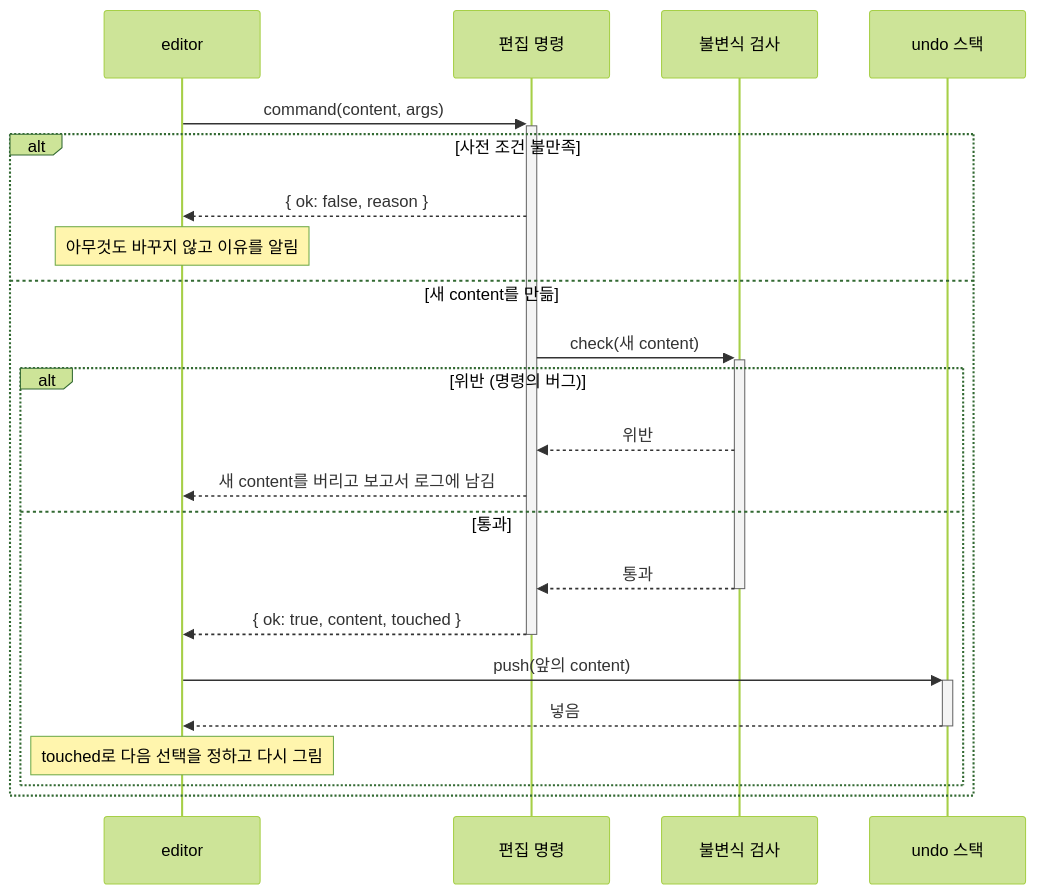
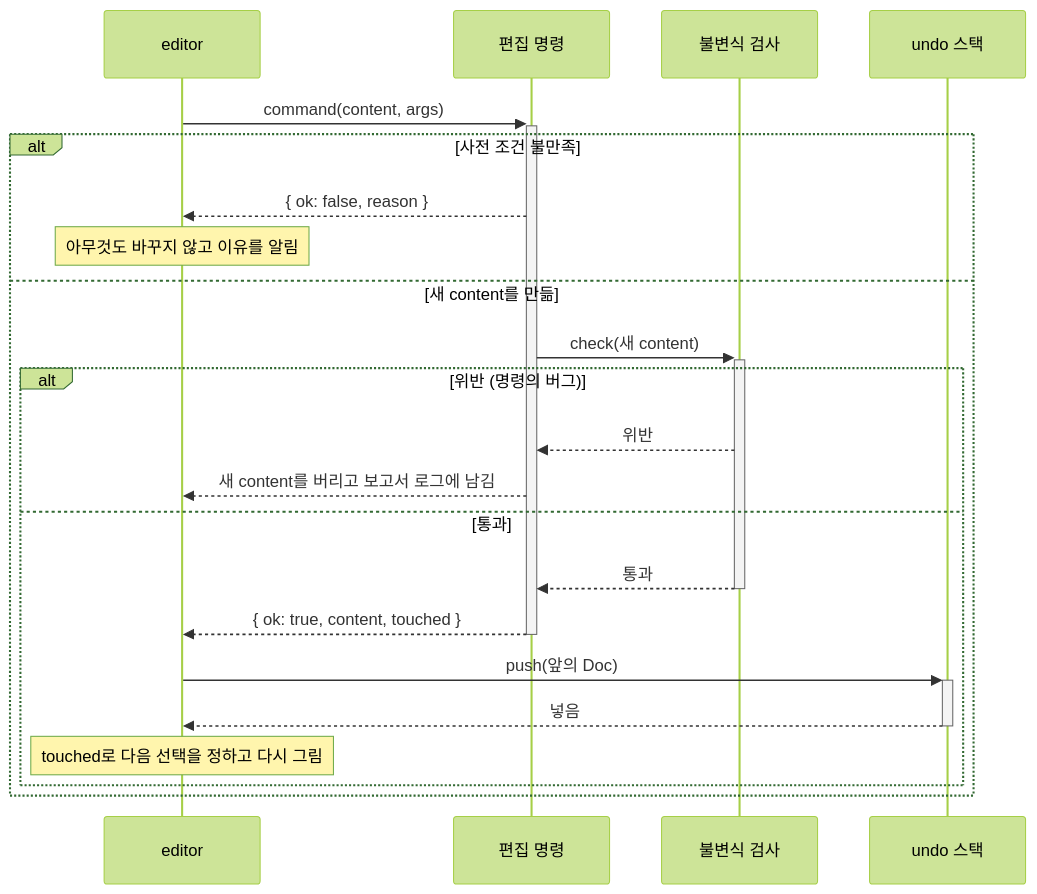
Before and after one commit to reddiana/AriadneNSD: the second of 2 diagrams in docs/04-design/01-model.md, drawn with Mermaid (forest theme). The commit also changed other lines of this file and 23 other files, not shown here.

````diff
--- a/docs/04-design/01-model.md
+++ b/docs/04-design/01-model.md
@@ -244,24 +244,24 @@
 ```mermaid
 sequenceDiagram
     participant E as editor
     participant C as 편집 명령
     participant V as 불변식 검사
     participant H as undo 스택
     E->>+C: command(content, args)
     alt 사전 조건 불만족
         C-->>E: { ok: false, reason }
         Note over E: 아무것도 바꾸지 않고 이유를 알림
     else 새 content를 만듦
         C->>+V: check(새 content)
         alt 위반 (명령의 버그)
             V-->>C: 위반
             C-->>E: 새 content를 버리고 보고서 로그에 남김
         else 통과
             V-->>-C: 통과
             C-->>-E: { ok: true, content, touched }
-            E->>+H: push(앞의 content)
+            E->>+H: push(앞의 Doc)
             H-->>-E: 넣음
             Note over E: touched로 다음 선택을 정하고 다시 그림
         end
     end
 ```
````
